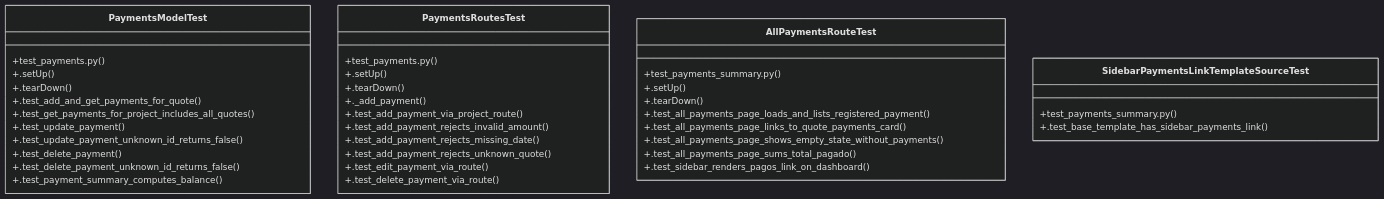
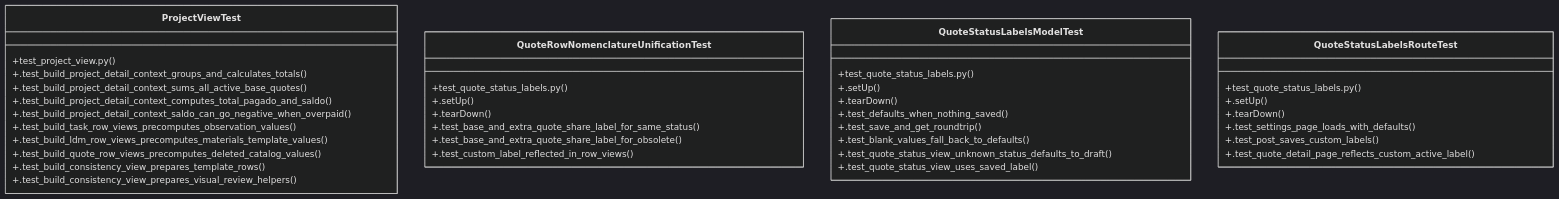
One commit to Daftrick/ProjectTracker changed the diagram in graphify-out/wiki/Community_9.md. Above: the diagram before and after it, drawn with Mermaid (dark theme). The commit also changed other lines of this file and 540 other files, not shown here.

````diff
--- a/graphify-out/wiki/Community_9.md
+++ b/graphify-out/wiki/Community_9.md
@@ -36,41 +36,41 @@
 ```mermaid
 classDiagram
-    class PaymentsModelTest {
-        +test_payments.py()
+    class ProjectViewTest {
+        +test_project_view.py()
+        +.test_build_project_detail_context_groups_and_calculates_totals()
+        +.test_build_project_detail_context_sums_all_active_base_quotes()
+        +.test_build_project_detail_context_computes_total_pagado_and_saldo()
+        +.test_build_project_detail_context_saldo_can_go_negative_when_overpaid()
+        +.test_build_task_row_views_precomputes_observation_values()
+        +.test_build_ldm_row_views_precomputes_materials_template_values()
+        +.test_build_quote_row_views_precomputes_deleted_catalog_values()
+        +.test_build_consistency_view_prepares_template_rows()
+        +.test_build_consistency_view_prepares_visual_review_helpers()
+    }
+    class QuoteRowNomenclatureUnificationTest {
+        +test_quote_status_labels.py()
         +.setUp()
         +.tearDown()
-        +.test_add_and_get_payments_for_quote()
-        +.test_get_payments_for_project_includes_all_quotes()
-        +.test_update_payment()
-        +.test_update_payment_unknown_id_returns_false()
-        +.test_delete_payment()
-        +.test_delete_payment_unknown_id_returns_false()
-        +.test_payment_summary_computes_balance()
+        +.test_base_and_extra_quote_share_label_for_same_status()
+        +.test_base_and_extra_quote_share_label_for_obsolete()
+        +.test_custom_label_reflected_in_row_views()
     }
-    class PaymentsRoutesTest {
-        +test_payments.py()
+    class QuoteStatusLabelsModelTest {
+        +test_quote_status_labels.py()
         +.setUp()
         +.tearDown()
-        +._add_payment()
-        +.test_add_payment_via_project_route()
-        +.test_add_payment_rejects_invalid_amount()
-        +.test_add_payment_rejects_missing_date()
-        +.test_add_payment_rejects_unknown_quote()
-        +.test_edit_payment_via_route()
-        +.test_delete_payment_via_route()
+        +.test_defaults_when_nothing_saved()
+        +.test_save_and_get_roundtrip()
+        +.test_blank_values_fall_back_to_defaults()
+        +.test_quote_status_view_unknown_status_defaults_to_draft()
+        +.test_quote_status_view_uses_saved_label()
     }
-    class AllPaymentsRouteTest {
-        +test_payments_summary.py()
+    class QuoteStatusLabelsRouteTest {
+        +test_quote_status_labels.py()
         +.setUp()
         +.tearDown()
-        +.test_all_payments_page_loads_and_lists_registered_payment()
-        +.test_all_payments_page_links_to_quote_payments_card()
-        +.test_all_payments_page_shows_empty_state_without_payments()
-        +.test_all_payments_page_sums_total_pagado()
-        +.test_sidebar_renders_pagos_link_on_dashboard()
-    }
-    class SidebarPaymentsLinkTemplateSourceTest {
-        +test_payments_summary.py()
-        +.test_base_template_has_sidebar_payments_link()
+        +.test_settings_page_loads_with_defaults()
+        +.test_post_saves_custom_labels()
+        +.test_quote_detail_page_reflects_custom_active_label()
     }
 ```
````
